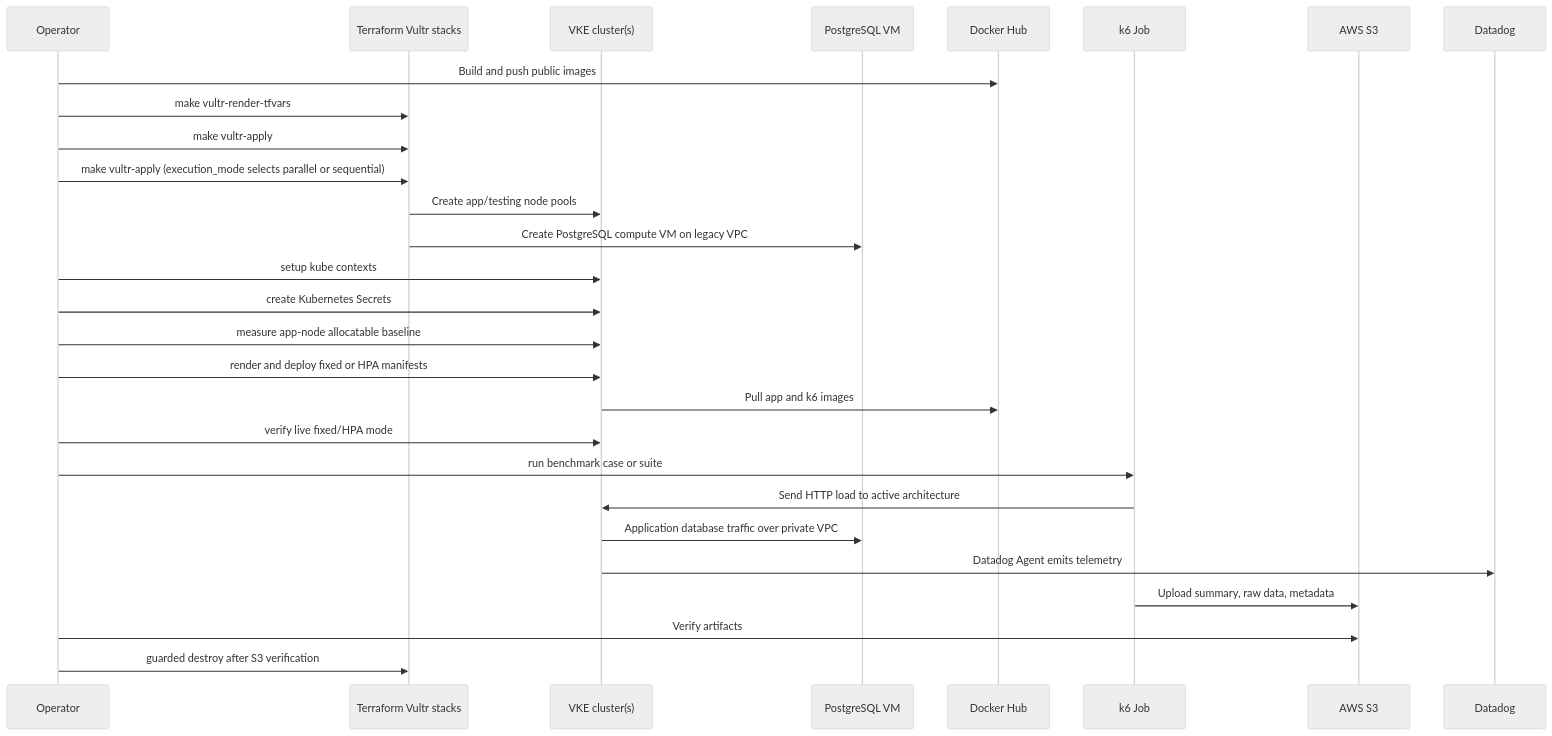
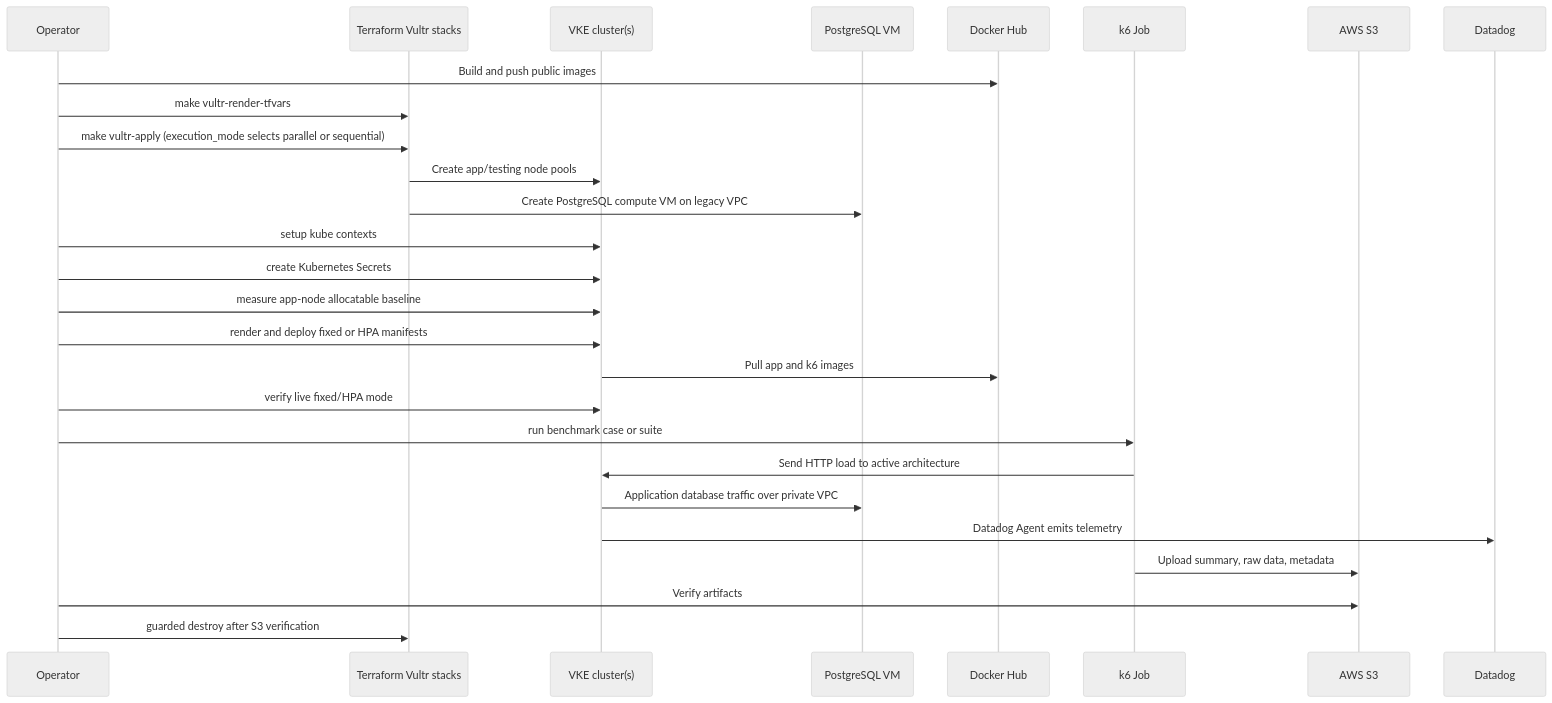
One commit to Ahmad-mufied/monolith-vs-microservice-thesis changed the third of 3 diagrams in docs/diagrams/vultr-vke-topology.md. Above: the diagram before and after it, drawn with Mermaid (neutral theme).

Commit message:
fix(docs): remove duplicate vultr-apply step in topology diagram

````diff
--- a/docs/diagrams/vultr-vke-topology.md
+++ b/docs/diagrams/vultr-vke-topology.md
@@ -110,31 +110,30 @@
 ```mermaid
 sequenceDiagram
   participant Op as Operator
   participant TF as Terraform Vultr stacks
   participant VKE as VKE cluster(s)
   participant PG as PostgreSQL VM
   participant DH as Docker Hub
   participant K6 as k6 Job
   participant S3 as AWS S3
   participant DD as Datadog
 
   Op->>DH: Build and push public images
   Op->>TF: make vultr-render-tfvars
-  Op->>TF: make vultr-apply
   Op->>TF: make vultr-apply (execution_mode selects parallel or sequential)
   TF->>VKE: Create app/testing node pools
   TF->>PG: Create PostgreSQL compute VM on legacy VPC
   Op->>VKE: setup kube contexts
   Op->>VKE: create Kubernetes Secrets
   Op->>VKE: measure app-node allocatable baseline
   Op->>VKE: render and deploy fixed or HPA manifests
   VKE->>DH: Pull app and k6 images
   Op->>VKE: verify live fixed/HPA mode
   Op->>K6: run benchmark case or suite
   K6->>VKE: Send HTTP load to active architecture
   VKE->>PG: Application database traffic over private VPC
   VKE->>DD: Datadog Agent emits telemetry
   K6->>S3: Upload summary, raw data, metadata
   Op->>S3: Verify artifacts
   Op->>TF: guarded destroy after S3 verification
 ```
````
